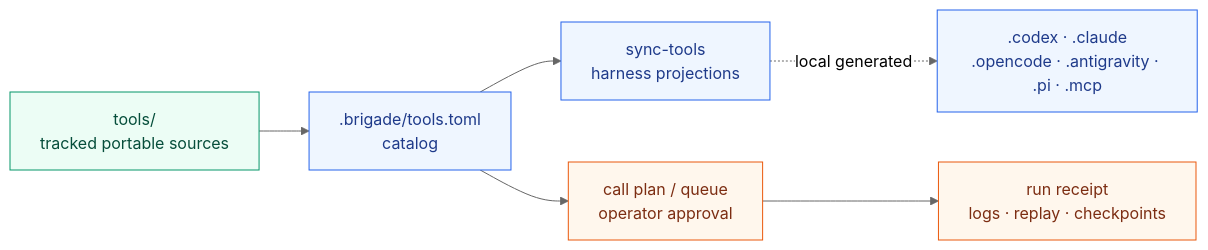
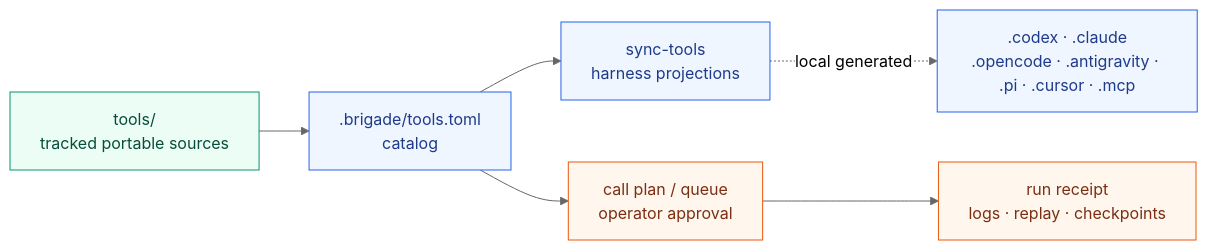
The eighth of 13 diagrams in README.md (escoffier-labs/brigade), drawn with Mermaid (neutral theme) before and after one commit. The commit also changed other lines of this file and 38 other files, not shown here.

````diff
--- a/README.md
+++ b/README.md
@@ -454,19 +456,19 @@
 ```mermaid
 flowchart LR
     SOURCE["tools/<br/>tracked portable sources"]
     CATALOG[".brigade/tools.toml<br/>catalog"]
     PROJECT["sync-tools<br/>harness projections"]
     APPROVAL["call plan / queue<br/>operator approval"]
     RUN["run receipt<br/>logs · replay · checkpoints"]
 
     SOURCE --> CATALOG --> PROJECT
     CATALOG --> APPROVAL --> RUN
-    PROJECT -. local generated .-> HARNESSES[".codex · .claude<br/>.opencode · .antigravity · .pi · .mcp"]
+    PROJECT -. local generated .-> HARNESSES[".codex · .claude<br/>.opencode · .antigravity · .pi · .cursor · .mcp"]
 
     classDef source fill:#ecfdf5,stroke:#059669,color:#064e3b;
     classDef local fill:#eff6ff,stroke:#2563eb,color:#1e3a8a;
     classDef gate fill:#fff7ed,stroke:#ea580c,color:#7c2d12;
     class SOURCE source;
     class CATALOG,PROJECT,HARNESSES local;
     class APPROVAL,RUN gate;
 ```
````
